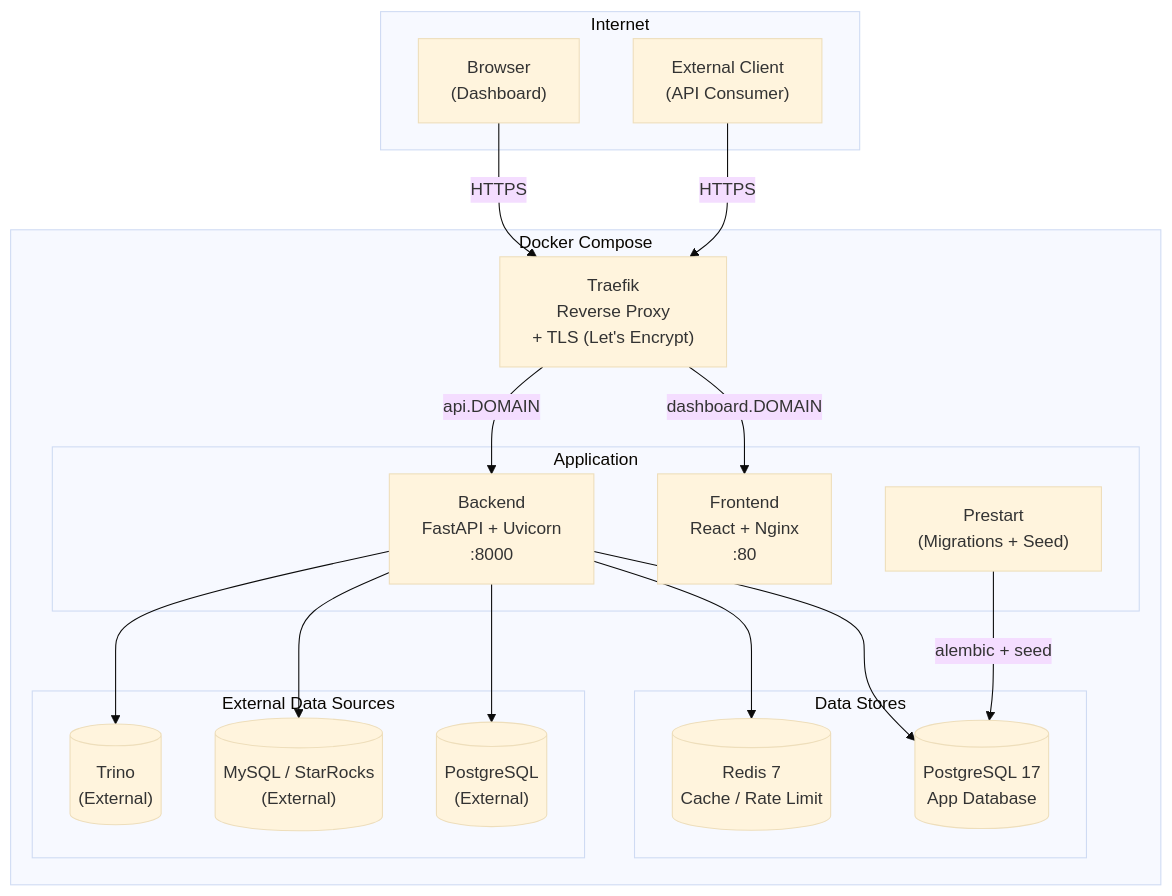
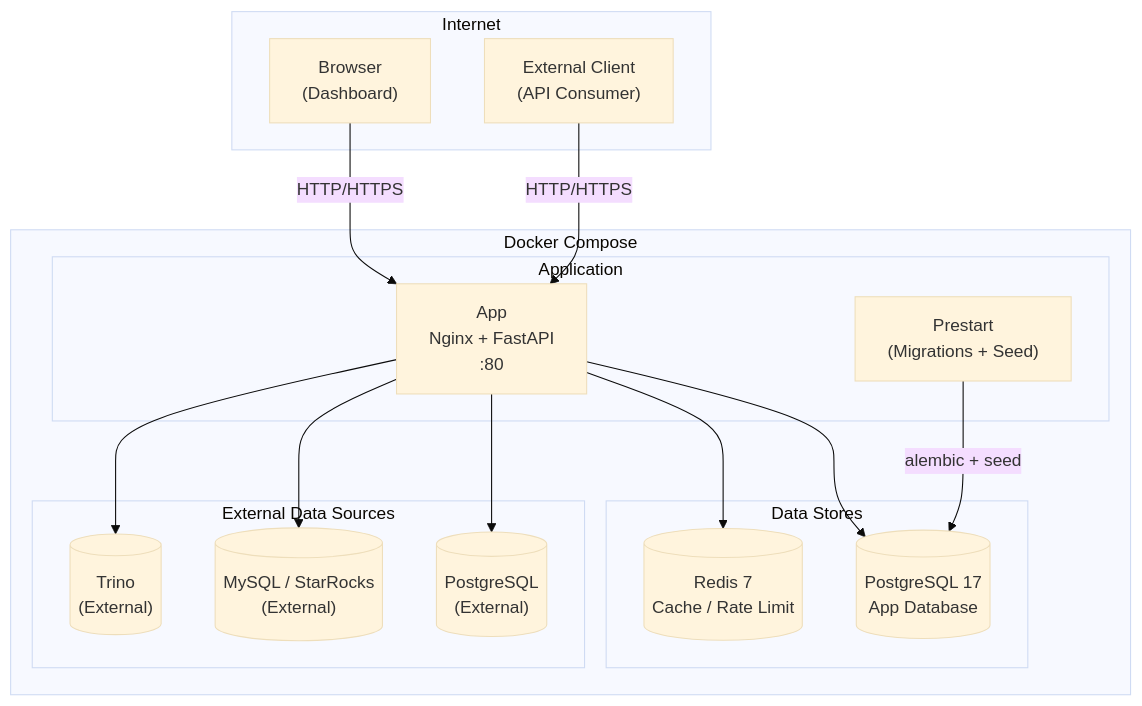
One commit to viethqb/pydbapi changed the first of 7 diagrams in docs/ARCHITECTURE.md. Above: the diagram before and after it, drawn with Mermaid (base theme). The commit also changed other lines of this file and 48 other files, not shown here.

First line of the commit message:
Unified Docker, gateway /api path, path+method uniqueness, StarRocks/Trino

````diff
--- a/docs/ARCHITECTURE.md
+++ b/docs/ARCHITECTURE.md
@@ -9,42 +9,36 @@
 ```mermaid
 graph TB
     subgraph Internet
         Browser["Browser<br/>(Dashboard)"]
         ExtClient["External Client<br/>(API Consumer)"]
     end
 
     subgraph Docker["Docker Compose"]
-        Traefik["Traefik<br/>Reverse Proxy<br/>+ TLS (Let's Encrypt)"]
-
         subgraph App["Application"]
-            Frontend["Frontend<br/>React + Nginx<br/>:80"]
-            Backend["Backend<br/>FastAPI + Uvicorn<br/>:8000"]
+            Unified["App<br/>Nginx + FastAPI<br/>:80"]
             Prestart["Prestart<br/>(Migrations + Seed)"]
         end
 
         subgraph Data["Data Stores"]
             Postgres[("PostgreSQL 17<br/>App Database")]
             Redis[("Redis 7<br/>Cache / Rate Limit")]
         end
 
         subgraph External["External Data Sources"]
             PG_Ext[("PostgreSQL<br/>(External)")]
             MySQL_Ext[("MySQL / StarRocks<br/>(External)")]
             Trino_Ext[("Trino<br/>(External)")]
         end
     end
 
-    Browser -->|HTTPS| Traefik
-    ExtClient -->|HTTPS| Traefik
+    Browser -->|HTTP/HTTPS| Unified
+    ExtClient -->|HTTP/HTTPS| Unified
 
-    Traefik -->|"dashboard.DOMAIN"| Frontend
-    Traefik -->|"api.DOMAIN"| Backend
-
-    Backend --> Postgres
-    Backend --> Redis
-    Backend --> PG_Ext
-    Backend --> MySQL_Ext
-    Backend --> Trino_Ext
+    Unified --> Postgres
+    Unified --> Redis
+    Unified --> PG_Ext
+    Unified --> MySQL_Ext
+    Unified --> Trino_Ext
 
     Prestart -->|"alembic + seed"| Postgres
 ```
````
